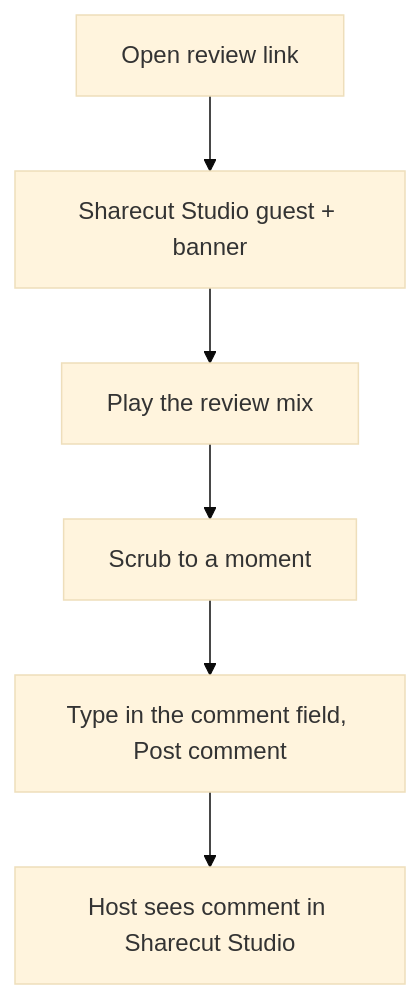
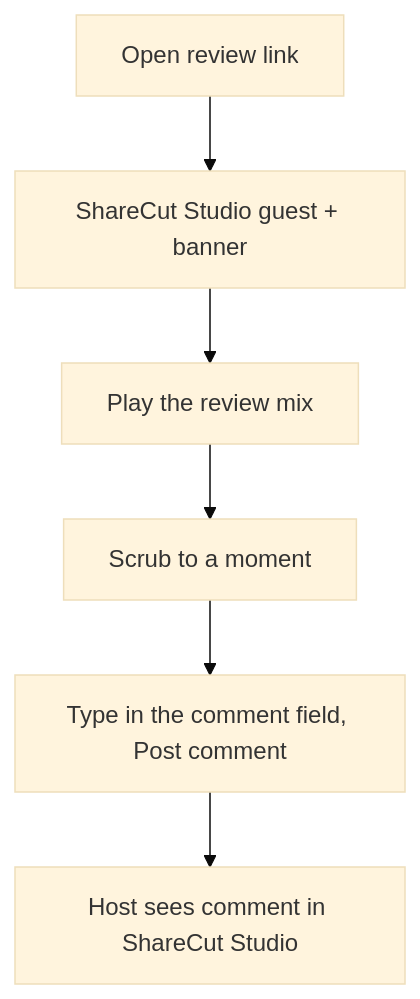
The first of 6 diagrams in ux/pages/guest-journeys.md (calebn/sharecut-studio), drawn with Mermaid (base theme) before and after one commit. The commit also changed other lines of this file and 162 other files, not shown here.

First line of the commit message:
chore(brand): write ShareCut and ShareCut Studio with the capital C (#1923)

````diff
--- a/ux/pages/guest-journeys.md
+++ b/ux/pages/guest-journeys.md
@@ -18,8 +18,8 @@
 ```mermaid
 flowchart TD
-  open[Open review link] --> daw[Sharecut Studio guest + banner]
+  open[Open review link] --> daw[ShareCut Studio guest + banner]
   daw --> play[Play the review mix]
   play --> scrub[Scrub to a moment]
   scrub --> note[Type in the comment field, Post comment]
-  note --> done[Host sees comment in Sharecut Studio]
+  note --> done[Host sees comment in ShareCut Studio]
 ```
````
